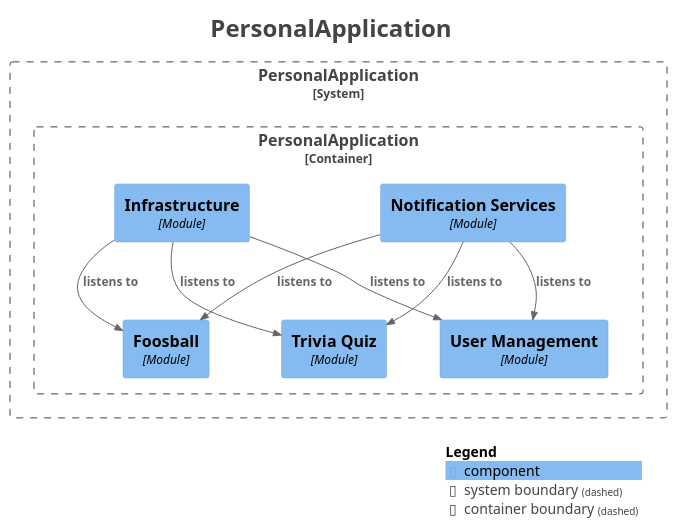
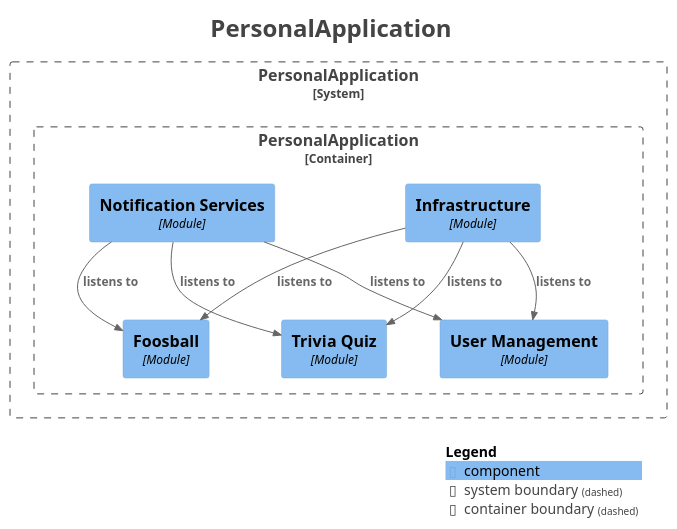
One commit to SnapPetal/PersonalWeb changed the diagram in docs/modulith/components.puml. Above: the diagram before and after it, drawn with PlantUML. The commit also changed other lines of this file and 33 other files, not shown here.

```diff
--- a/docs/modulith/components.puml
+++ b/docs/modulith/components.puml
@@ -1,38 +1,38 @@
 @startuml
 title <size:24>PersonalApplication</size>
 
 set separator none
 top to bottom direction
 
 <style>
   root {
     BackgroundColor: #ffffff
     FontColor: #444444
   }
 </style>
 
 !include <C4/C4>
 !include <C4/C4_Context>
 !include <C4/C4_Component>
 
 System_Boundary("PersonalApplication_boundary", "PersonalApplication", $tags="") {
   Container_Boundary("PersonalApplication.PersonalApplication_boundary", "PersonalApplication", $tags="") {
+    Component(PersonalApplication.PersonalApplication.Infrastructure, "Infrastructure", $techn="Module", $descr="", $tags="", $link="")
     Component(PersonalApplication.PersonalApplication.NotificationServices, "Notification Services", $techn="Module", $descr="", $tags="", $link="")
     Component(PersonalApplication.PersonalApplication.Foosball, "Foosball", $techn="Module", $descr="", $tags="", $link="")
     Component(PersonalApplication.PersonalApplication.TriviaQuiz, "Trivia Quiz", $techn="Module", $descr="", $tags="", $link="")
     Component(PersonalApplication.PersonalApplication.UserManagement, "User Management", $techn="Module", $descr="", $tags="", $link="")
-    Component(PersonalApplication.PersonalApplication.Infrastructure, "Infrastructure", $techn="Module", $descr="", $tags="", $link="")
   }
 
 }
 
 Rel(PersonalApplication.PersonalApplication.Infrastructure, PersonalApplication.PersonalApplication.UserManagement, "listens to", $techn="", $tags="", $link="")
 Rel(PersonalApplication.PersonalApplication.Infrastructure, PersonalApplication.PersonalApplication.Foosball, "listens to", $techn="", $tags="", $link="")
 Rel(PersonalApplication.PersonalApplication.Infrastructure, PersonalApplication.PersonalApplication.TriviaQuiz, "listens to", $techn="", $tags="", $link="")
+Rel(PersonalApplication.PersonalApplication.NotificationServices, PersonalApplication.PersonalApplication.Foosball, "listens to", $techn="", $tags="", $link="")
+Rel(PersonalApplication.PersonalApplication.NotificationServices, PersonalApplication.PersonalApplication.UserManagement, "listens to", $techn="", $tags="", $link="")
 Rel(PersonalApplication.PersonalApplication.NotificationServices, PersonalApplication.PersonalApplication.TriviaQuiz, "listens to", $techn="", $tags="", $link="")
-Rel(PersonalApplication.PersonalApplication.NotificationServices, PersonalApplication.PersonalApplication.UserManagement, "listens to", $techn="", $tags="", $link="")
-Rel(PersonalApplication.PersonalApplication.NotificationServices, PersonalApplication.PersonalApplication.Foosball, "listens to", $techn="", $tags="", $link="")
 
 SHOW_LEGEND(true)
 hide stereotypes
 @enduml
```
